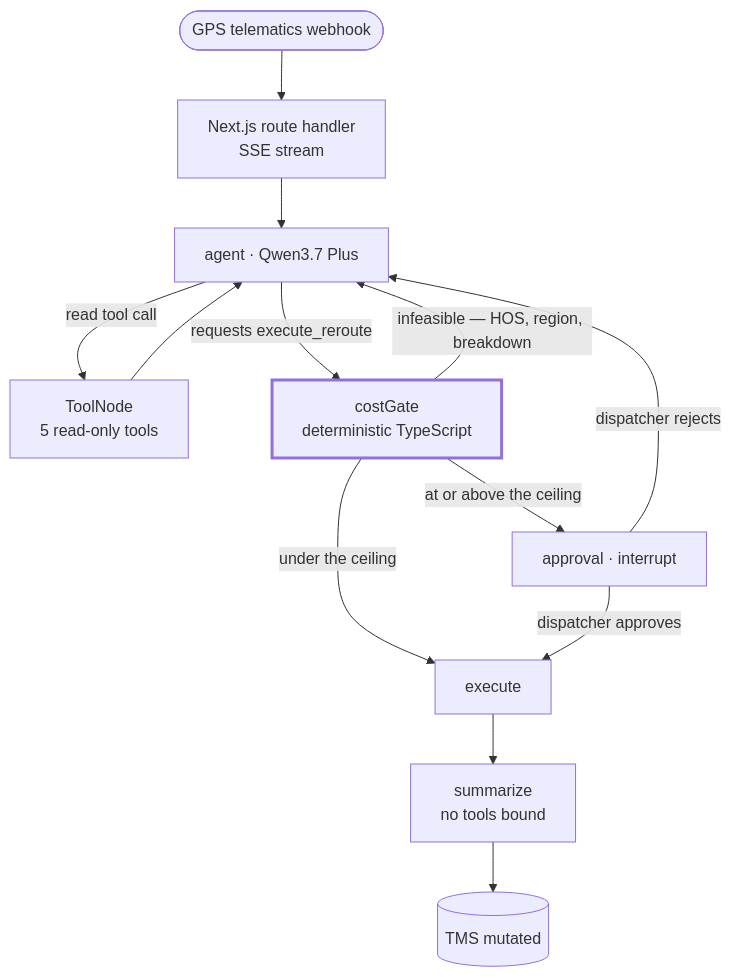
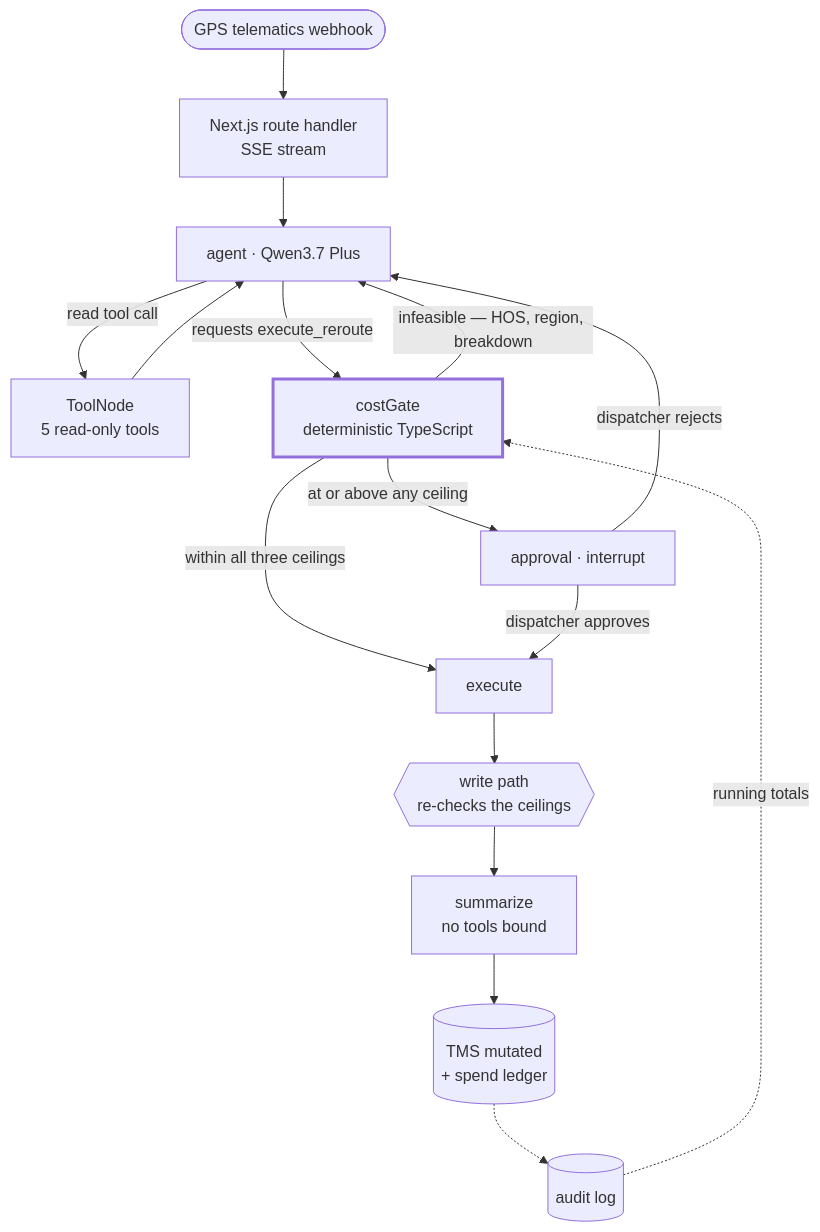
One commit to jmgb27/dispatchops-ai changed the diagram in README.md. Above: the diagram before and after it, drawn with Mermaid. The commit also changed other lines of this file and 12 other files, not shown here.

First line of the commit message:
feat: cumulative spend ceilings, and stop losing dispatcher decisions

````diff
--- a/README.md
+++ b/README.md
@@ -91,23 +157,27 @@
 ```mermaid
 flowchart TD
     WH([GPS telematics webhook]) --> API[Next.js route handler<br/>SSE stream]
     API --> AG[agent · Qwen3.7 Plus]
 
     AG -->|read tool call| TN[ToolNode<br/>5 read-only tools]
     TN --> AG
 
     AG -->|requests execute_reroute| CG[costGate<br/>deterministic TypeScript]
 
     CG -->|infeasible — HOS, region, breakdown| AG
-    CG -->|under the ceiling| EX[execute]
-    CG -->|at or above the ceiling| AP[approval · interrupt]
+    CG -->|within all three ceilings| EX[execute]
+    CG -->|at or above any ceiling| AP[approval · interrupt]
 
     AP -->|dispatcher approves| EX
     AP -->|dispatcher rejects| AG
 
-    EX --> SM[summarize<br/>no tools bound]
-    SM --> DB[(TMS mutated)]
+    EX --> WR{{write path<br/>re-checks the ceilings}}
+    WR --> SM[summarize<br/>no tools bound]
+    SM --> DB[(TMS mutated<br/>+ spend ledger)]
+
+    LG[(audit log)] -.->|running totals| CG
+    DB -.-> LG
 
     classDef gate stroke-width:3px
     class CG gate
 ```
````
